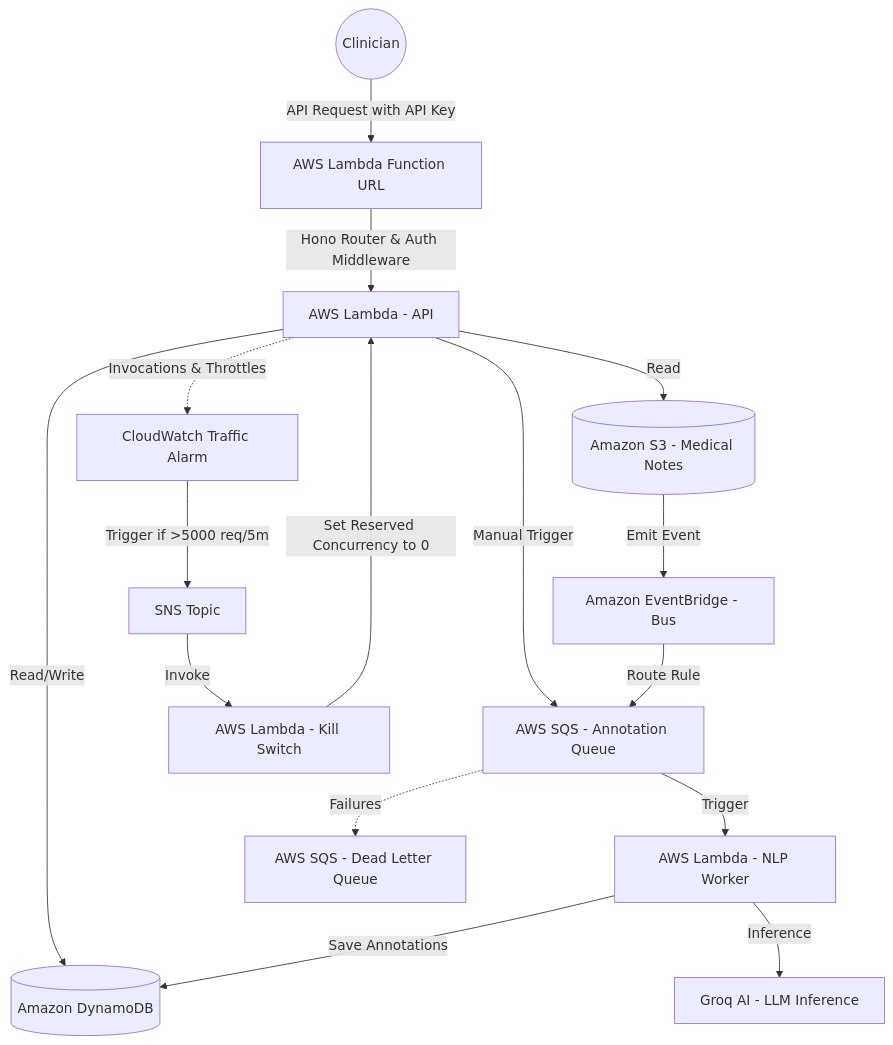
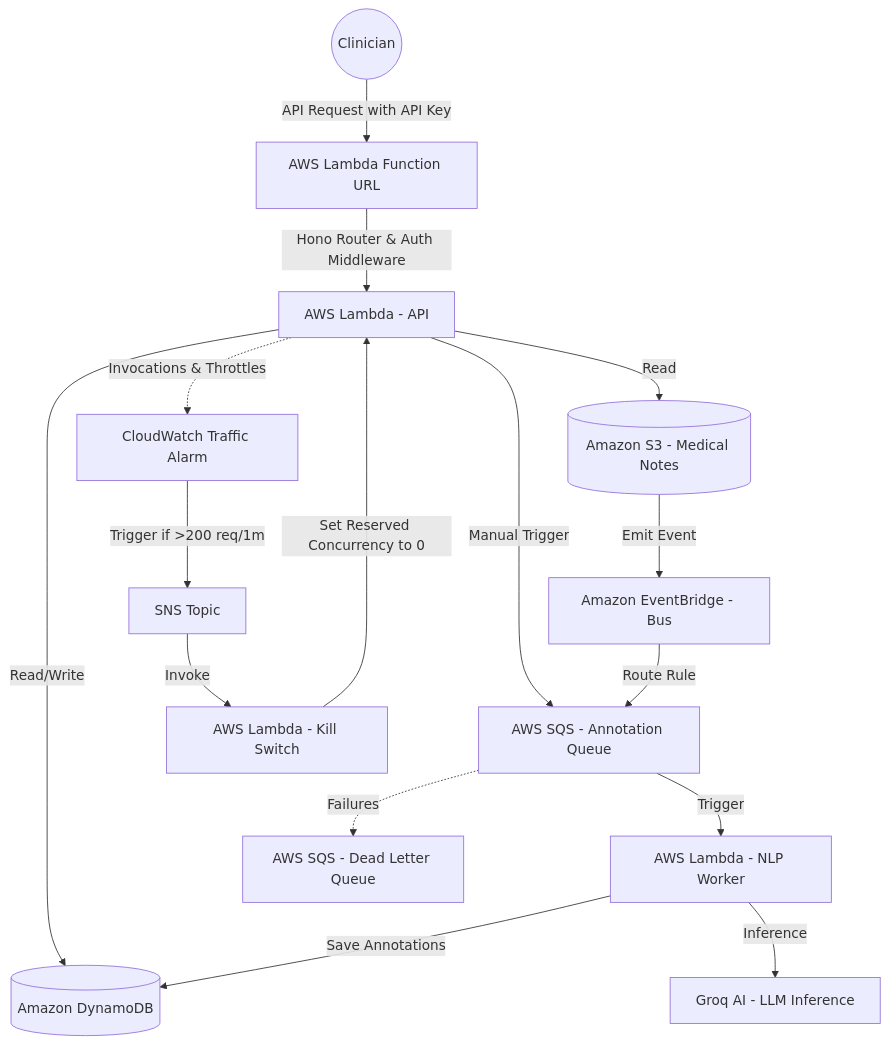
Before and after one commit to harsh-vardhhan/EHR-backend: the diagram in README.md, drawn with Mermaid. The commit also changed other lines of this file and 2 other files, not shown here.

````diff
--- a/README.md
+++ b/README.md
@@ -25,22 +25,22 @@
 ```mermaid
 graph TD
     User((Clinician)) -->|API Request with API Key| LambdaURL[AWS Lambda Function URL]
     LambdaURL -->|Hono Router & Auth Middleware| LambdaAPI[AWS Lambda - API]
     LambdaAPI -->|Read/Write| DynamoDB[(Amazon DynamoDB)]
     LambdaAPI -->|Read| S3[(Amazon S3 - Medical Notes)]
     LambdaAPI -->|Manual Trigger| SQS[AWS SQS - Annotation Queue]
 
     S3 -->|Emit Event| EB[Amazon EventBridge - Bus]
     EB -->|Route Rule| SQS[AWS SQS - Annotation Queue]
     SQS -->|Trigger| LambdaWorker[AWS Lambda - NLP Worker]
     SQS -.->|Failures| DLQ[AWS SQS - Dead Letter Queue]
     
     LambdaWorker -->|Inference| Groq[Groq AI - LLM Inference]
     LambdaWorker -->|Save Annotations| DynamoDB
 
     %% DDoS Protection
     LambdaAPI -.->|Invocations & Throttles| CWAlarm[CloudWatch Traffic Alarm]
-    CWAlarm -->|Trigger if >5000 req/5m| SNS[SNS Topic]
+    CWAlarm -->|Trigger if >200 req/1m| SNS[SNS Topic]
     SNS -->|Invoke| LambdaKillSwitch[AWS Lambda - Kill Switch]
     LambdaKillSwitch -->|Set Reserved Concurrency to 0| LambdaAPI
 ```
````
